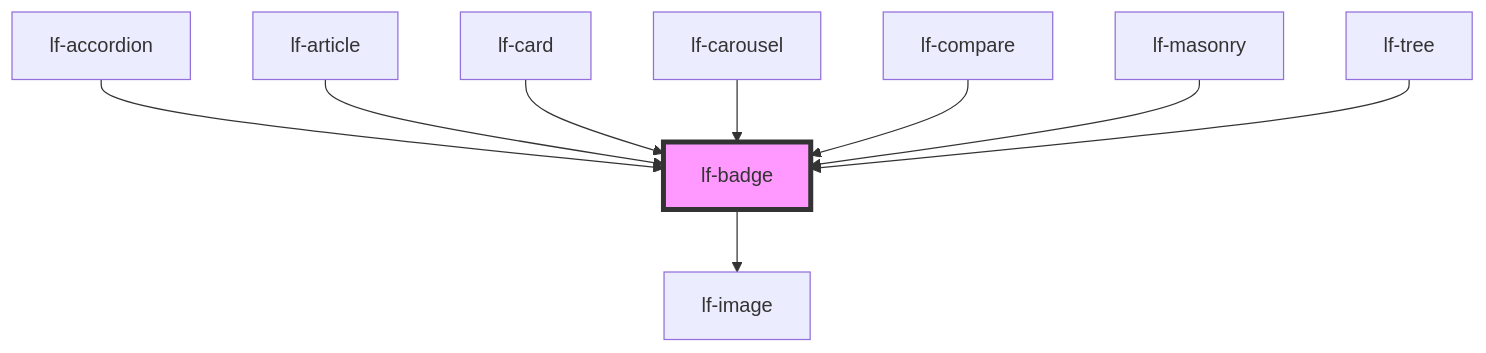
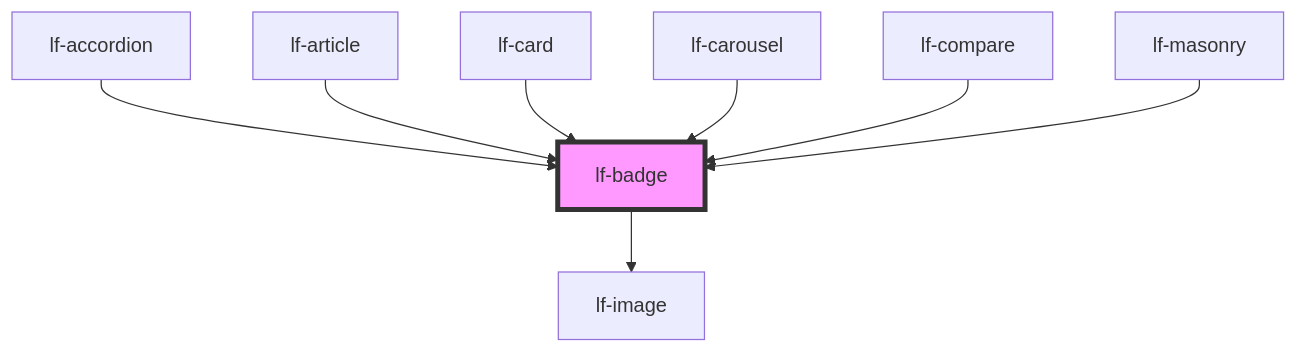
The diagram in packages/core/src/components/lf-badge/readme.md (lucafoscili/lf-widgets), drawn with Mermaid before and after one commit. The commit also changed other lines of this file and 16 other files, not shown here.

````diff
--- a/packages/core/src/components/lf-badge/readme.md
+++ b/packages/core/src/components/lf-badge/readme.md
@@ -115,12 +114,11 @@
 ```mermaid
 graph TD;
   lf-badge --> lf-image
   lf-accordion --> lf-badge
   lf-article --> lf-badge
   lf-card --> lf-badge
   lf-carousel --> lf-badge
   lf-compare --> lf-badge
   lf-masonry --> lf-badge
-  lf-tree --> lf-badge
   style lf-badge fill:#f9f,stroke:#333,stroke-width:4px
 ```
````
